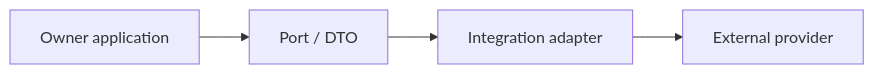
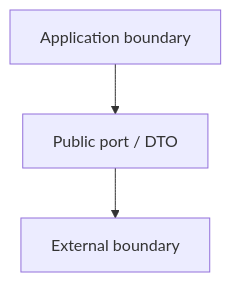
One commit to 963sup/Line_Bot_v1 changed the second of 3 diagrams in packages/integration-supabase/ARCHITECTURE.md. Above: the diagram before and after it, drawn with Mermaid. The commit also changed other lines of this file and 40 other files, not shown here.

Commit message:
docs: compact owner architecture cards

````diff
--- a/packages/integration-supabase/ARCHITECTURE.md
+++ b/packages/integration-supabase/ARCHITECTURE.md
@@ -37,6 +24,5 @@
 ```mermaid
-flowchart LR
-  Application[Owner application] --> Port[Port / DTO]
-  Port --> Adapter[Integration adapter]
-  Adapter --> Provider[External provider]
+flowchart TD
+  Application[Application boundary] --> Port[Public port / DTO]
+  Port --> Boundary[External boundary]
 ```
````
